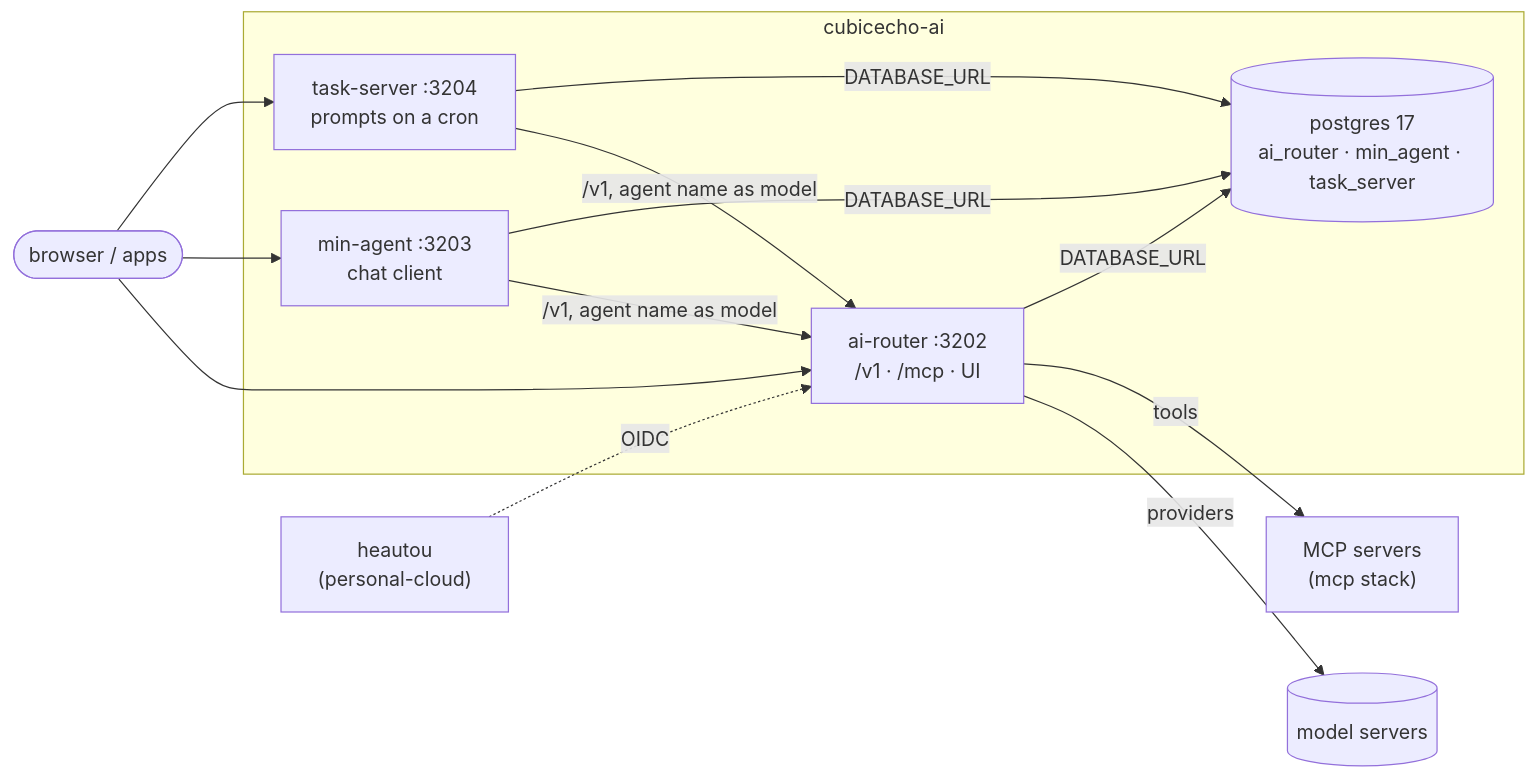
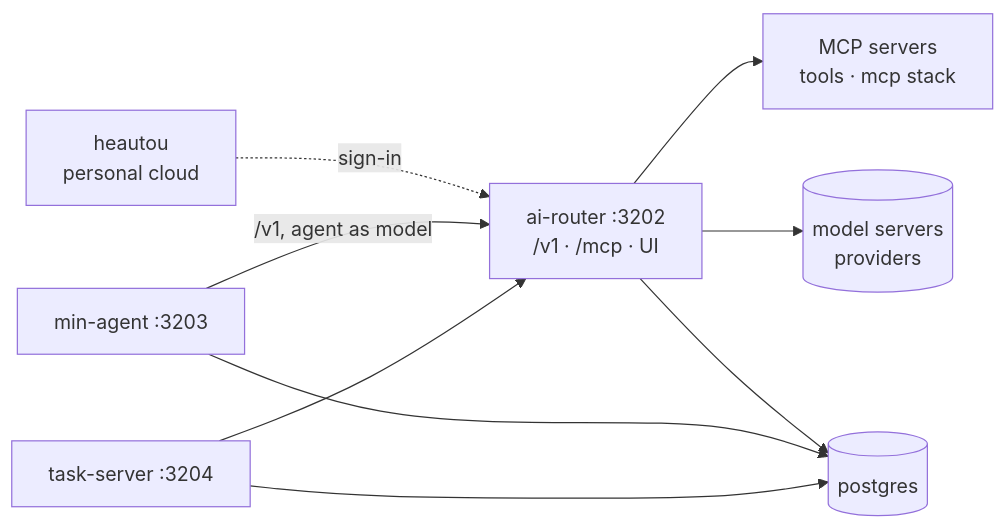
One commit to cubicecho/cubicecho.com changed the fifth of 6 diagrams in templates/README.md. Above: the diagram before and after it, drawn with Mermaid. The commit also changed 1 other file, not shown here.

Commit message:
docs: untangle the ai-router diagram
The "providers" edge label was hidden behind the MCP servers box, and
model servers read as hanging off MCP servers. Drop the stack subgraph,
which was forcing that layout, and move the edge labels into the boxes.

````diff
--- a/templates/README.md
+++ b/templates/README.md
@@ -126,21 +126,18 @@
 ```mermaid
 flowchart LR
-    user(["browser / apps"])
-    heautou["heautou<br/>(personal-cloud)"]
-    mcpservers["MCP servers<br/>(mcp stack)"]
-    models[("model servers")]
-
-    subgraph stack["cubicecho-ai"]
-        air["ai-router :3202<br/>/v1 · /mcp · UI"]
-        min["min-agent :3203<br/>chat client"]
-        task["task-server :3204<br/>prompts on a cron"]
-        pg[("postgres 17<br/>ai_router · min_agent · task_server")]
-    end
-
-    user --> air & min & task
-    heautou -. "OIDC" .-> air
-    air -- "providers" --> models
-    air -- "tools" --> mcpservers
-    min & task -- "/v1, agent name as model" --> air
-    air & min & task -- "DATABASE_URL" --> pg
+    heautou["heautou<br/>personal cloud"]
+    min["min-agent :3203"]
+    task["task-server :3204"]
+    air["ai-router :3202<br/>/v1 · /mcp · UI"]
+    pg[("postgres")]
+    mcpservers["MCP servers<br/>tools · mcp stack"]
+    models[("model servers<br/>providers")]
+    heautou -. "sign-in" .-> air
+    min -- "/v1, agent as model" --> air
+    task --> air
+    air --> mcpservers
+    air --> models
+    air --> pg
+    min --> pg
+    task --> pg
 ```
````
